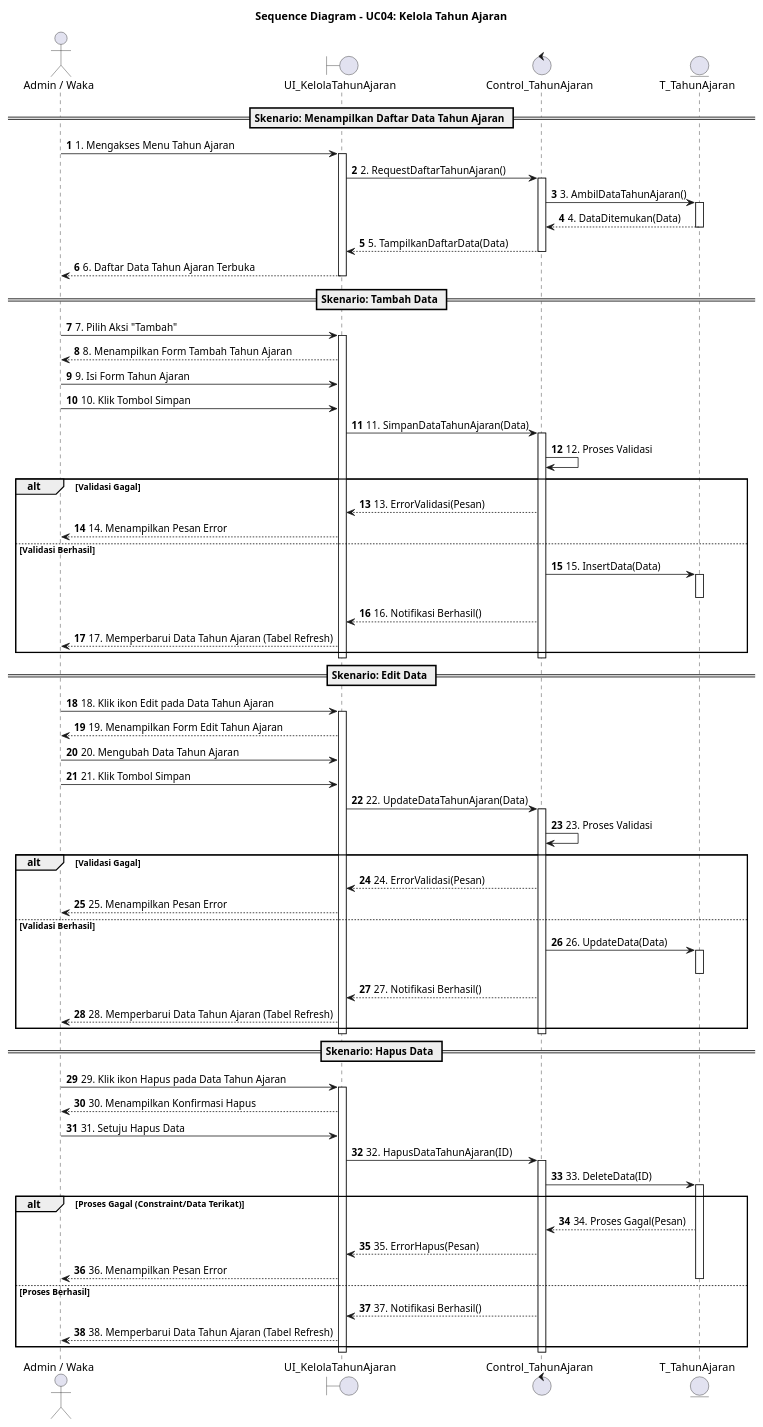
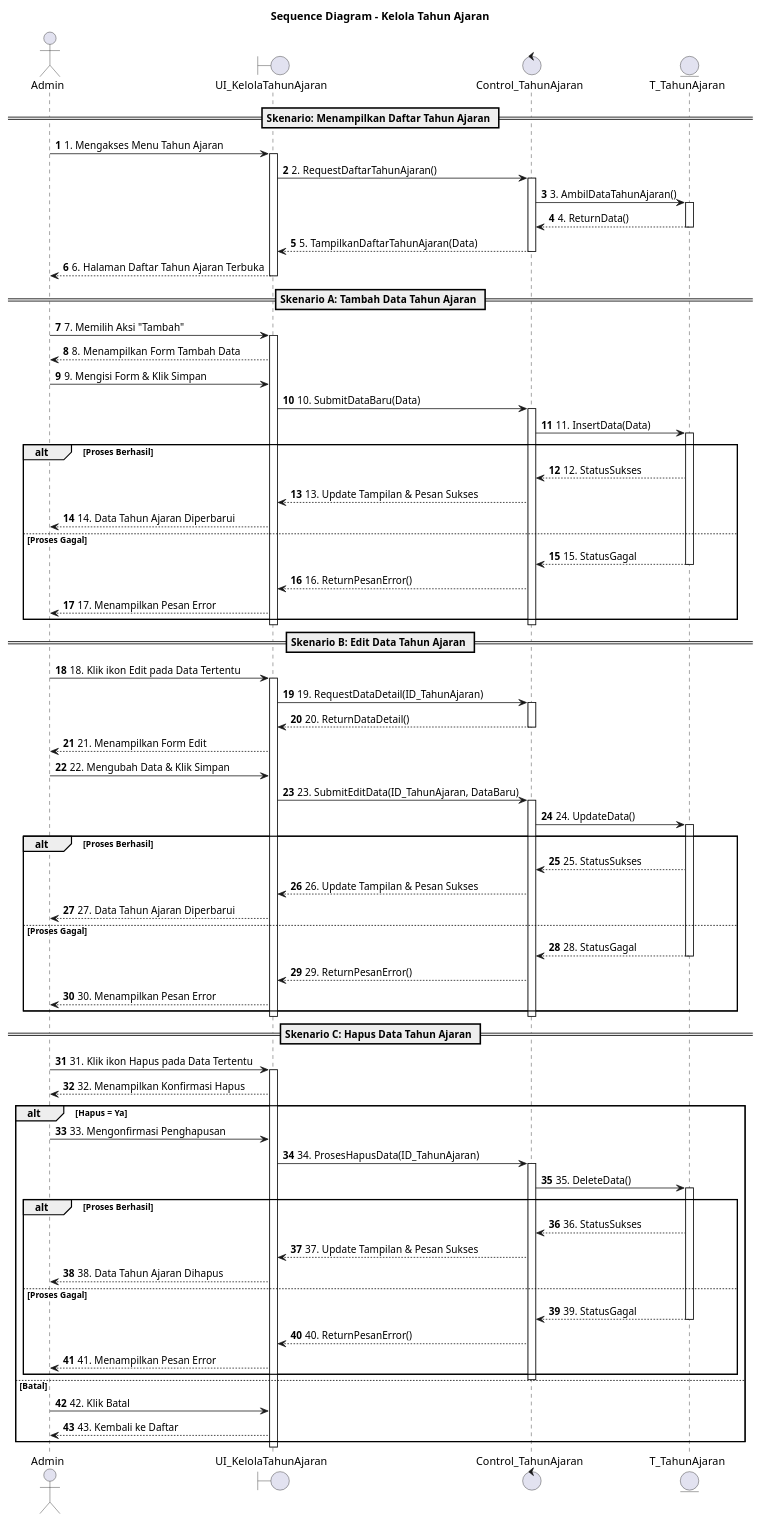
The diagram in docs/flow/sequence-kelola-tahun-ajaran.puml (shendelzare7sw/sipaduhok), drawn with PlantUML before and after one commit. The commit also changed 66 other files, not shown here.

```diff
--- a/docs/flow/sequence-kelola-tahun-ajaran.puml
+++ b/docs/flow/sequence-kelola-tahun-ajaran.puml
@@ -1,102 +1,102 @@
 @startuml
-title Sequence Diagram - UC04: Kelola Tahun Ajaran
+title Sequence Diagram - Kelola Tahun Ajaran
 autonumber
 
-actor "Admin / Waka" as Admin
+actor "Admin" as Admin
 boundary "UI_KelolaTahunAjaran" as UI
 control "Control_TahunAjaran" as Control
-entity "T_TahunAjaran" as Entity
+entity "T_TahunAjaran" as E_Tahun
 
-== Skenario: Menampilkan Daftar Data Tahun Ajaran ==
-
+== Skenario: Menampilkan Daftar Tahun Ajaran ==
 Admin -> UI : 1. Mengakses Menu Tahun Ajaran
 activate UI
 UI -> Control : 2. RequestDaftarTahunAjaran()
 activate Control
-Control -> Entity : 3. AmbilDataTahunAjaran()
-activate Entity
-Entity --> Control : 4. DataDitemukan(Data)
-deactivate Entity
-Control --> UI : 5. TampilkanDaftarData(Data)
+Control -> E_Tahun : 3. AmbilDataTahunAjaran()
+activate E_Tahun
+E_Tahun --> Control : 4. ReturnData()
+deactivate E_Tahun
+Control --> UI : 5. TampilkanDaftarTahunAjaran(Data)
 deactivate Control
-UI --> Admin : 6. Daftar Data Tahun Ajaran Terbuka
+UI --> Admin : 6. Halaman Daftar Tahun Ajaran Terbuka
 deactivate UI
 
-== Skenario: Tambah Data ==
+== Skenario A: Tambah Data Tahun Ajaran ==
+Admin -> UI : 7. Memilih Aksi "Tambah"
+activate UI
+UI --> Admin : 8. Menampilkan Form Tambah Data
+Admin -> UI : 9. Mengisi Form & Klik Simpan
+UI -> Control : 10. SubmitDataBaru(Data)
+activate Control
+Control -> E_Tahun : 11. InsertData(Data)
+activate E_Tahun
 
-Admin -> UI : 7. Pilih Aksi "Tambah"
-activate UI
-UI --> Admin : 8. Menampilkan Form Tambah Tahun Ajaran
-
-Admin -> UI : 9. Isi Form Tahun Ajaran
-Admin -> UI : 10. Klik Tombol Simpan
-UI -> Control : 11. SimpanDataTahunAjaran(Data)
-activate Control
-
-Control -> Control : 12. Proses Validasi
-alt Validasi Gagal
-    Control --> UI : 13. ErrorValidasi(Pesan)
-    UI --> Admin : 14. Menampilkan Pesan Error
-else Validasi Berhasil
-    Control -> Entity : 15. InsertData(Data)
-    activate Entity
-    deactivate Entity
-    
-    Control --> UI : 16. Notifikasi Berhasil()
-    UI --> Admin : 17. Memperbarui Data Tahun Ajaran (Tabel Refresh)
+alt Proses Berhasil
+    E_Tahun --> Control : 12. StatusSukses
+    Control --> UI : 13. Update Tampilan & Pesan Sukses
+    UI --> Admin : 14. Data Tahun Ajaran Diperbarui
+else Proses Gagal
+    E_Tahun --> Control : 15. StatusGagal
+    deactivate E_Tahun
+    Control --> UI : 16. ReturnPesanError()
+    UI --> Admin : 17. Menampilkan Pesan Error
 end
 deactivate Control
 deactivate UI
 
-== Skenario: Edit Data ==
+== Skenario B: Edit Data Tahun Ajaran ==
+Admin -> UI : 18. Klik ikon Edit pada Data Tertentu
+activate UI
+UI -> Control : 19. RequestDataDetail(ID_TahunAjaran)
+activate Control
+Control --> UI : 20. ReturnDataDetail()
+deactivate Control
+UI --> Admin : 21. Menampilkan Form Edit
+Admin -> UI : 22. Mengubah Data & Klik Simpan
+UI -> Control : 23. SubmitEditData(ID_TahunAjaran, DataBaru)
+activate Control
+Control -> E_Tahun : 24. UpdateData()
+activate E_Tahun
 
-Admin -> UI : 18. Klik ikon Edit pada Data Tahun Ajaran
-activate UI
-UI --> Admin : 19. Menampilkan Form Edit Tahun Ajaran
-
-Admin -> UI : 20. Mengubah Data Tahun Ajaran
-Admin -> UI : 21. Klik Tombol Simpan
-UI -> Control : 22. UpdateDataTahunAjaran(Data)
-activate Control
-
-Control -> Control : 23. Proses Validasi
-alt Validasi Gagal
-    Control --> UI : 24. ErrorValidasi(Pesan)
-    UI --> Admin : 25. Menampilkan Pesan Error
-else Validasi Berhasil
-    Control -> Entity : 26. UpdateData(Data)
-    activate Entity
-    deactivate Entity
-    
-    Control --> UI : 27. Notifikasi Berhasil()
-    UI --> Admin : 28. Memperbarui Data Tahun Ajaran (Tabel Refresh)
+alt Proses Berhasil
+    E_Tahun --> Control : 25. StatusSukses
+    Control --> UI : 26. Update Tampilan & Pesan Sukses
+    UI --> Admin : 27. Data Tahun Ajaran Diperbarui
+else Proses Gagal
+    E_Tahun --> Control : 28. StatusGagal
+    deactivate E_Tahun
+    Control --> UI : 29. ReturnPesanError()
+    UI --> Admin : 30. Menampilkan Pesan Error
 end
 deactivate Control
 deactivate UI
 
-== Skenario: Hapus Data ==
-
-Admin -> UI : 29. Klik ikon Hapus pada Data Tahun Ajaran
+== Skenario C: Hapus Data Tahun Ajaran ==
+Admin -> UI : 31. Klik ikon Hapus pada Data Tertentu
 activate UI
-UI --> Admin : 30. Menampilkan Konfirmasi Hapus
-
-Admin -> UI : 31. Setuju Hapus Data
-UI -> Control : 32. HapusDataTahunAjaran(ID)
-activate Control
-
-Control -> Entity : 33. DeleteData(ID)
-activate Entity
-
-alt Proses Gagal (Constraint/Data Terikat)
-    Entity --> Control : 34. Proses Gagal(Pesan)
-    Control --> UI : 35. ErrorHapus(Pesan)
-    UI --> Admin : 36. Menampilkan Pesan Error
-else Proses Berhasil
-    deactivate Entity
-    Control --> UI : 37. Notifikasi Berhasil()
-    UI --> Admin : 38. Memperbarui Data Tahun Ajaran (Tabel Refresh)
+UI --> Admin : 32. Menampilkan Konfirmasi Hapus
+alt Hapus = Ya
+    Admin -> UI : 33. Mengonfirmasi Penghapusan
+    UI -> Control : 34. ProsesHapusData(ID_TahunAjaran)
+    activate Control
+    Control -> E_Tahun : 35. DeleteData()
+    activate E_Tahun
+    
+    alt Proses Berhasil
+        E_Tahun --> Control : 36. StatusSukses
+        Control --> UI : 37. Update Tampilan & Pesan Sukses
+        UI --> Admin : 38. Data Tahun Ajaran Dihapus
+    else Proses Gagal
+        E_Tahun --> Control : 39. StatusGagal
+        deactivate E_Tahun
+        Control --> UI : 40. ReturnPesanError()
+        UI --> Admin : 41. Menampilkan Pesan Error
+    end
+    deactivate Control
+else Batal
+    Admin -> UI : 42. Klik Batal
+    UI --> Admin : 43. Kembali ke Daftar
 end
-deactivate Control
 deactivate UI
 
 @enduml
```
